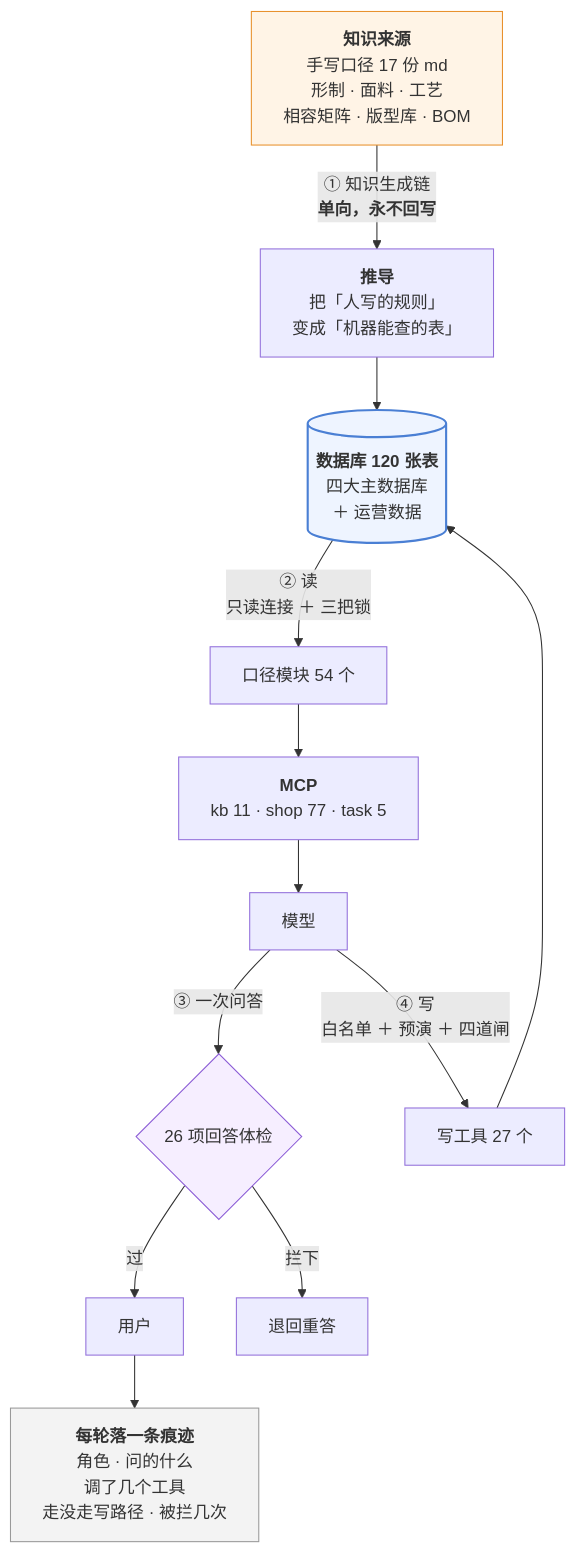
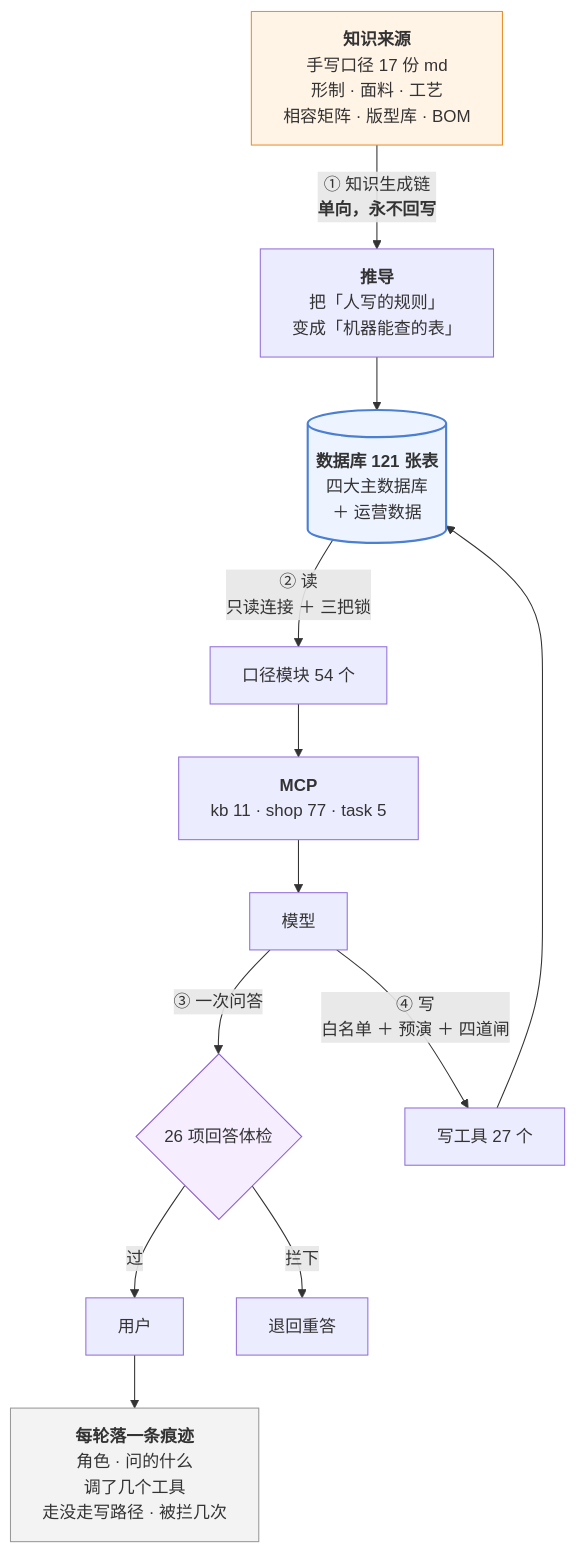
The third of 3 diagrams in 澜绣云裳agent-产品说明.md (843773296-rgb/lanxiu-yunshang-agent), drawn with Mermaid before and after one commit. The commit also changed other lines of this file and 15 other files, not shown here.

````diff
--- a/澜绣云裳agent-产品说明.md
+++ b/澜绣云裳agent-产品说明.md
@@ -969,24 +969,24 @@
 ```mermaid
 flowchart TD
     MD["<b>知识来源</b><br/>手写口径 17 份 md<br/>形制 · 面料 · 工艺<br/>相容矩阵 · 版型库 · BOM"]
     MD -->|"① 知识生成链<br/><b>单向，永不回写</b>"| DV["<b>推导</b><br/>把「人写的规则」<br/>变成「机器能查的表」"]
-    DV --> DB[("<b>数据库 120 张表</b><br/>四大主数据库<br/>＋ 运营数据")]
+    DV --> DB[("<b>数据库 121 张表</b><br/>四大主数据库<br/>＋ 运营数据")]
 
     DB -->|"② 读<br/>只读连接 ＋ 三把锁"| KJ["口径模块 54 个"]
     KJ --> MCP["<b>MCP</b><br/>kb 11 · shop 77 · task 5"]
     MCP --> LLM["模型"]
 
     LLM -->|"③ 一次问答"| GD{"26 项回答体检"}
     GD -- 过 --> U["用户"]
     GD -- 拦下 --> RE["退回重答"]
 
     LLM -->|"④ 写<br/>白名单 ＋ 预演 ＋ 四道闸"| W["写工具 27 个"]
     W --> DB
 
     U --> TR["<b>每轮落一条痕迹</b><br/>角色 · 问的什么<br/>调了几个工具<br/>走没走写路径 · 被拦几次"]
 
     style MD fill:#fff4e6,stroke:#e8912d
     style DB fill:#eef4ff,stroke:#4a7fd4,stroke-width:2px
     style GD fill:#f6eeff,stroke:#8b5cd6
     style TR fill:#f3f3f3,stroke:#999
 ```
````
